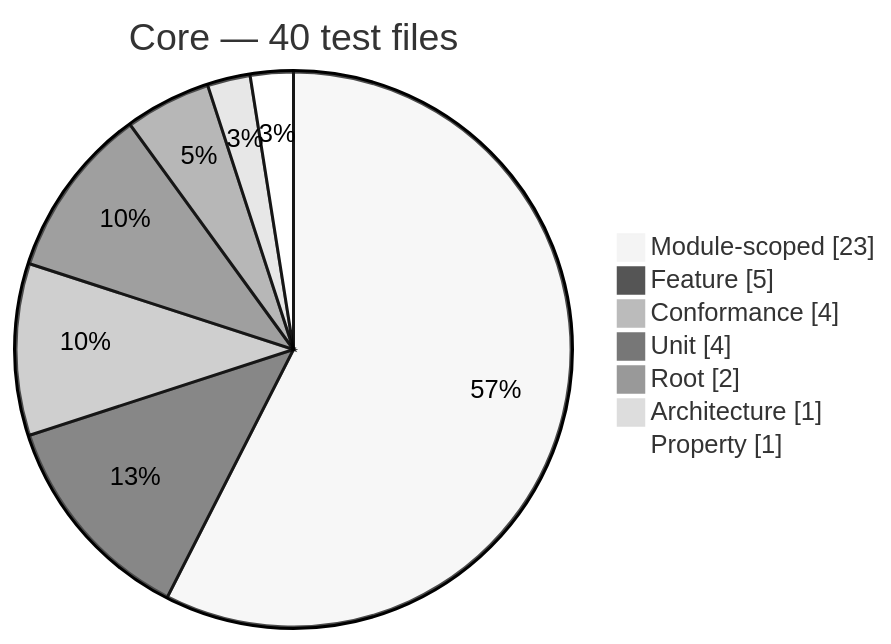
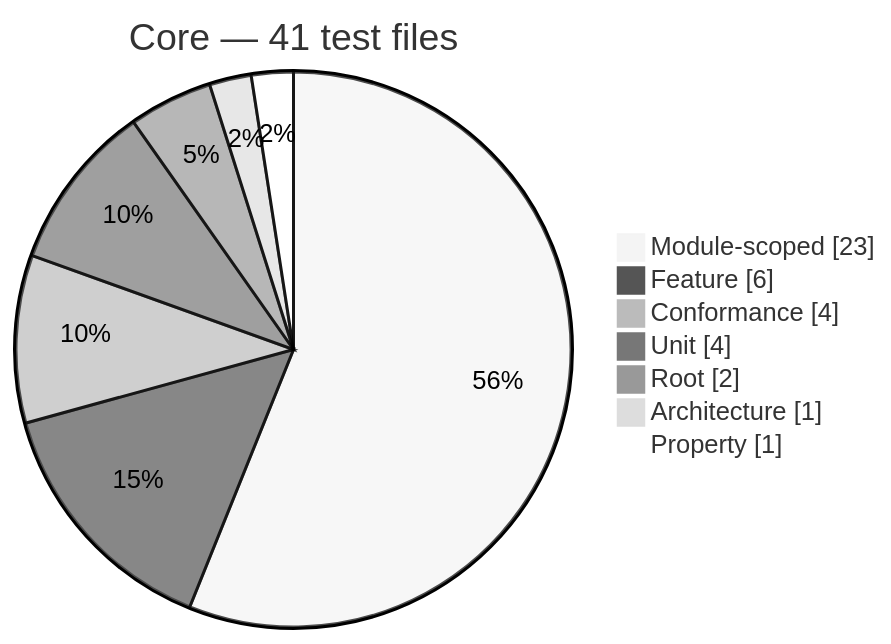
Diagram 12 of 13 in docs/generated/test-composition.md (Mohammed-Alama/php-arazzo), drawn with Mermaid (neutral theme) before and after one commit. The commit also changed other lines of this file and 30 other files, not shown here.

````diff
--- a/docs/generated/test-composition.md
+++ b/docs/generated/test-composition.md
@@ -172,11 +172,11 @@
 ```mermaid
 pie showData
-    title Core — 40 test files
+    title Core — 41 test files
     "Module-scoped": 23
-    "Feature": 5
+    "Feature": 6
     "Conformance": 4
     "Unit": 4
     "Root": 2
     "Architecture": 1
     "Property": 1
 ```
````
